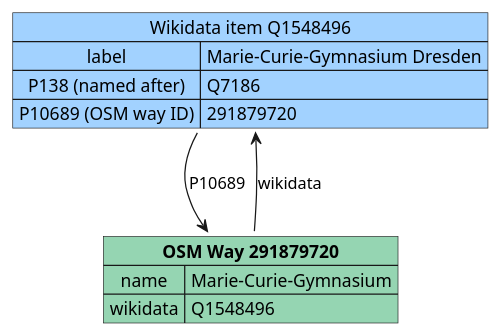
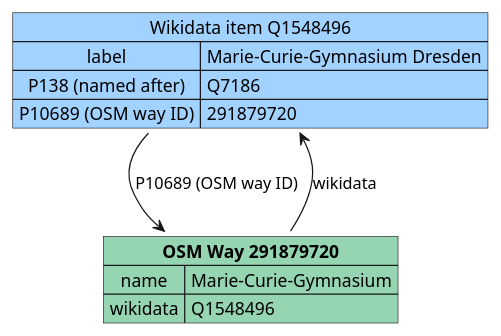
Before and after one commit to Danysan1/osm-wikidata-map-framework: the diagram in images/data/osm_wikidata.plantuml, drawn with PlantUML. The commit also changed 13 other files, not shown here.

```diff
--- a/images/data/osm_wikidata.plantuml
+++ b/images/data/osm_wikidata.plantuml
@@ -1,17 +1,17 @@
 @startuml osm_wikidata
 
 map "Wikidata item Q1548496" as wikid #a2d2ff {
   label => Marie-Curie-Gymnasium Dresden
   P138 (named after) => Q7186
   P10689 (OSM way ID) => 291879720
 }
 
 map "**OSM Way 291879720**" as osmd #95d5b2 {
   name => Marie-Curie-Gymnasium
   wikidata => Q1548496
 }
 
 osmd --> wikid : wikidata
-wikid --> osmd : P10689
+wikid --> osmd : P10689 (OSM way ID)
 
 @enduml
```
